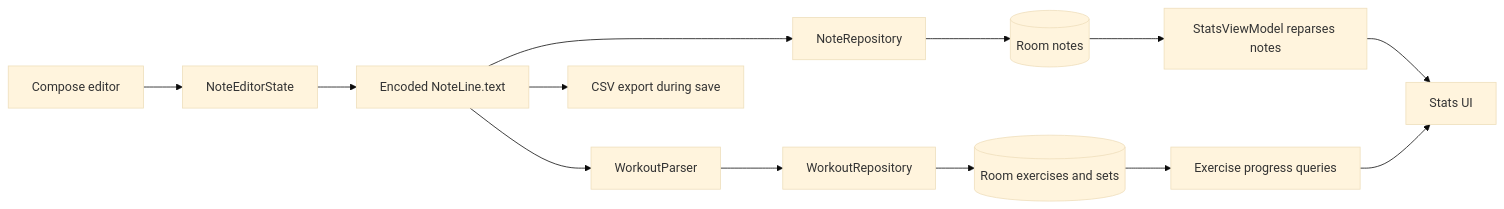
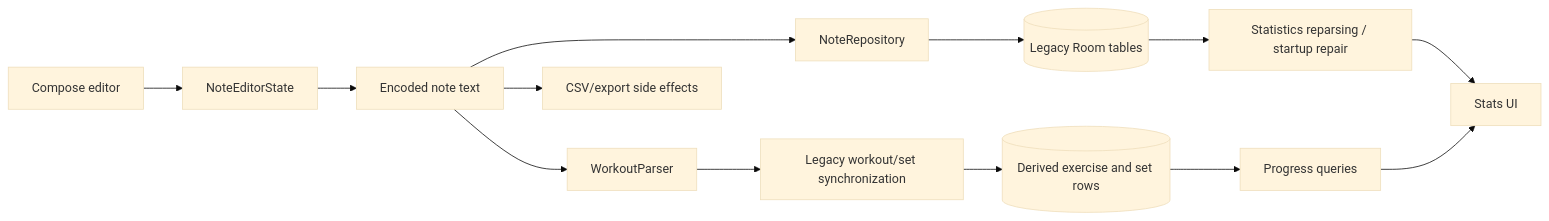
The first of 4 diagrams in docs/ARCHITECTURE.md (Znypr/GymTrack), drawn with Mermaid (base theme) before and after one commit. The commit also changed other lines of this file, not shown here.

Commit message:
docs: describe current canonical transition architecture

````diff
--- a/docs/ARCHITECTURE.md
+++ b/docs/ARCHITECTURE.md
@@ -48,18 +64,18 @@
 ```mermaid
 flowchart LR
     A[Compose editor] --> B[NoteEditorState]
-    B --> C[Encoded NoteLine.text]
+    B --> C[Encoded note text]
     C --> D[NoteRepository]
-    D --> E[(Room notes)]
+    D --> E[(Legacy Room tables)]
 
     C --> F[WorkoutParser]
-    F --> G[WorkoutRepository]
-    G --> H[(Room exercises and sets)]
+    F --> G[Legacy workout/set synchronization]
+    G --> H[(Derived exercise and set rows)]
 
-    E --> I[StatsViewModel reparses notes]
-    H --> J[Exercise progress queries]
+    E --> I[Statistics reparsing / startup repair]
+    H --> J[Progress queries]
     I --> K[Stats UI]
     J --> K
 
-    C --> L[CSV export during save]
+    C --> L[CSV/export side effects]
 ```
````
